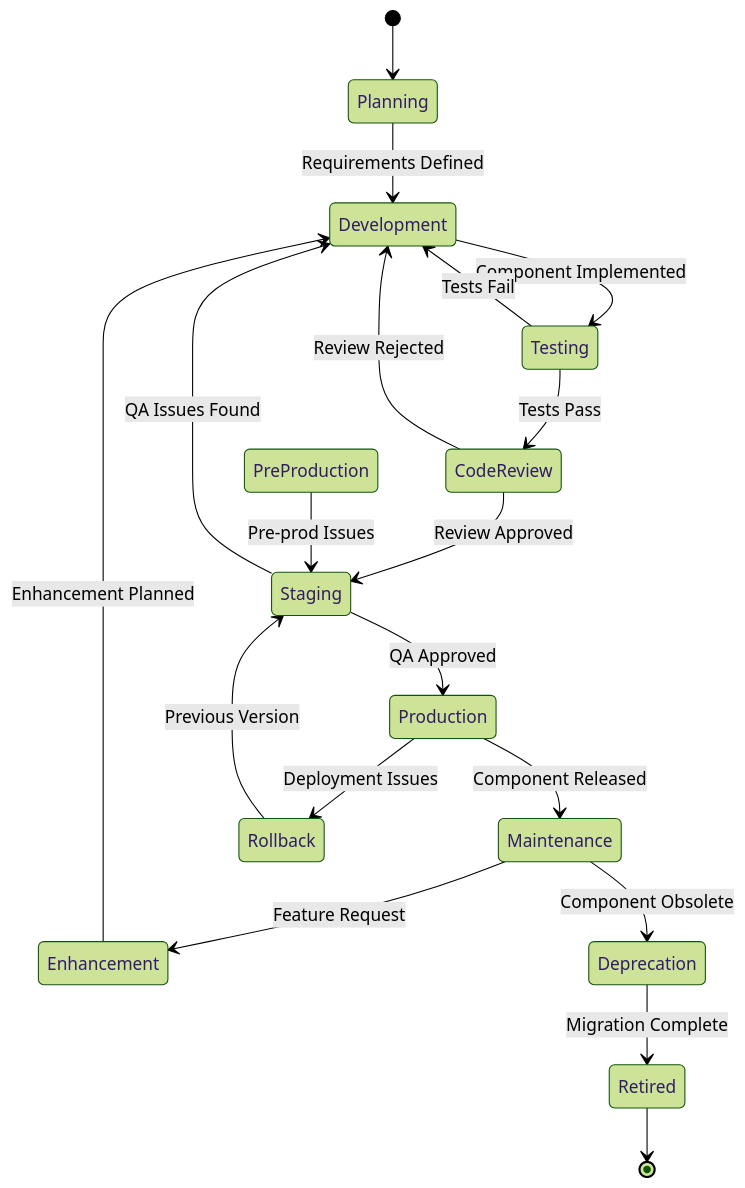
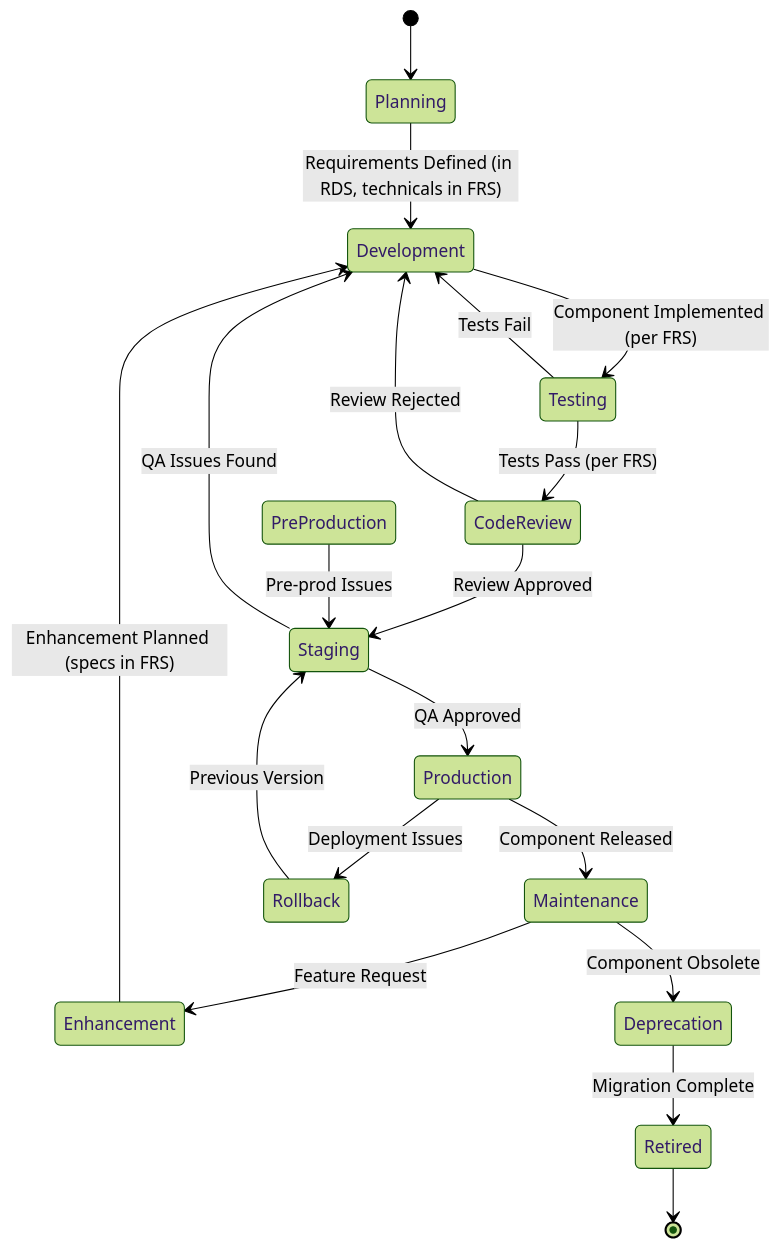
The fifth of 10 diagrams in AGENTS.md (DementedWeasel1971/storybook), drawn with Mermaid (forest theme) before and after one commit. The commit also changed other lines of this file, not shown here.

First line of the commit message:
docs: Align AGENTS.md with Architect Crew methodology

````diff
--- a/AGENTS.md
+++ b/AGENTS.md
@@ -506,22 +534,22 @@
 ```mermaid
 stateDiagram-v2
     [*] --> Planning
-    Planning --> Development: Requirements Defined
-    Development --> Testing: Component Implemented
-    Testing --> CodeReview: Tests Pass
+    Planning --> Development: Requirements Defined (in RDS, technicals in FRS)
+    Development --> Testing: Component Implemented (per FRS)
+    Testing --> CodeReview: Tests Pass (per FRS)
     CodeReview --> Staging: Review Approved
     Staging --> Production: QA Approved
     Production --> Maintenance: Component Released
     Maintenance --> Enhancement: Feature Request
-    Enhancement --> Development: Enhancement Planned
+    Enhancement --> Development: Enhancement Planned (specs in FRS)
     Maintenance --> Deprecation: Component Obsolete
     Deprecation --> Retired: Migration Complete
     Retired --> [*]
-    
+
     Testing --> Development: Tests Fail
     CodeReview --> Development: Review Rejected
     Staging --> Development: QA Issues Found
     PreProduction --> Staging: Pre-prod Issues
     Production --> Rollback: Deployment Issues
     Rollback --> Staging: Previous Version
 ```
````
